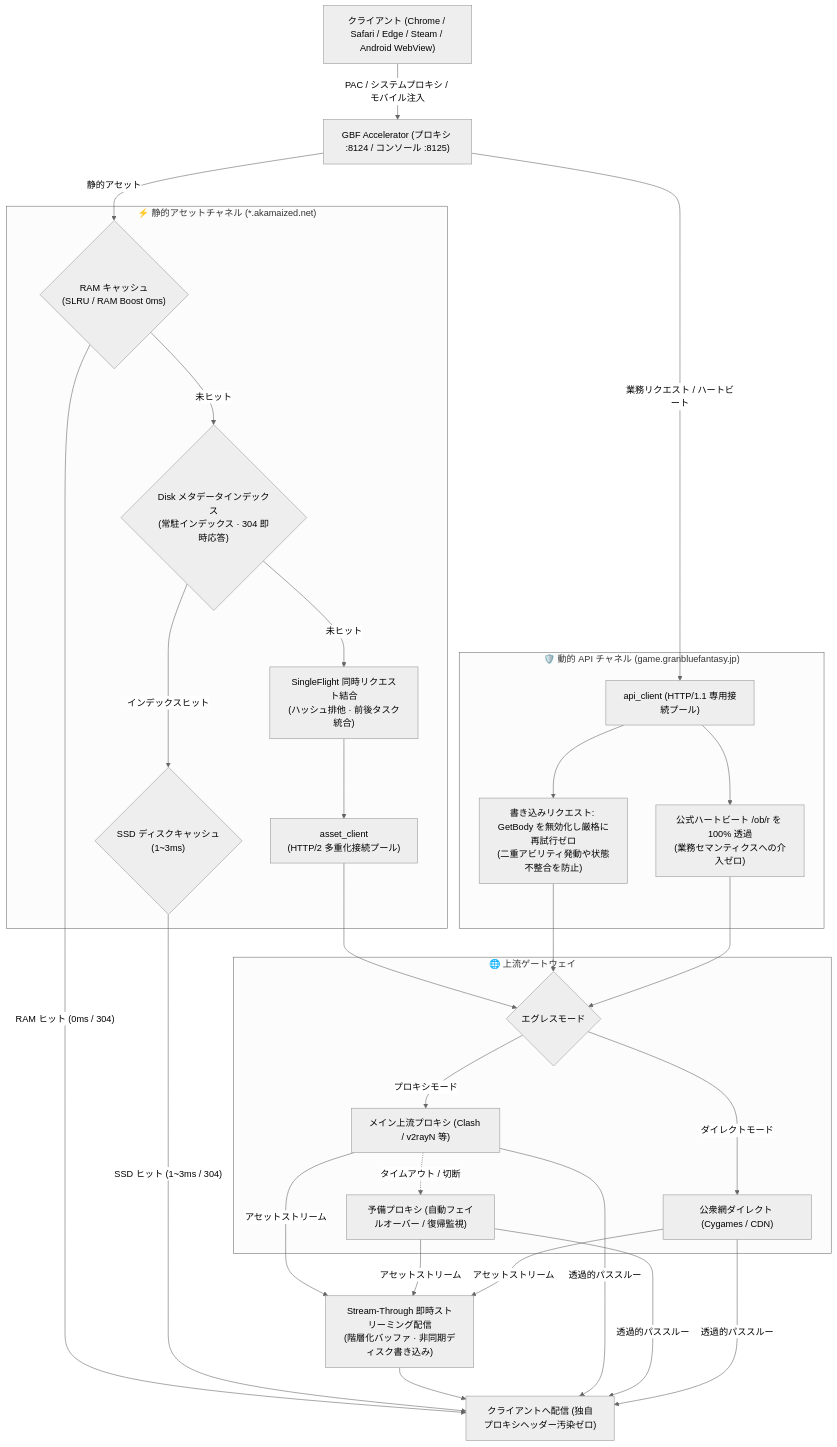
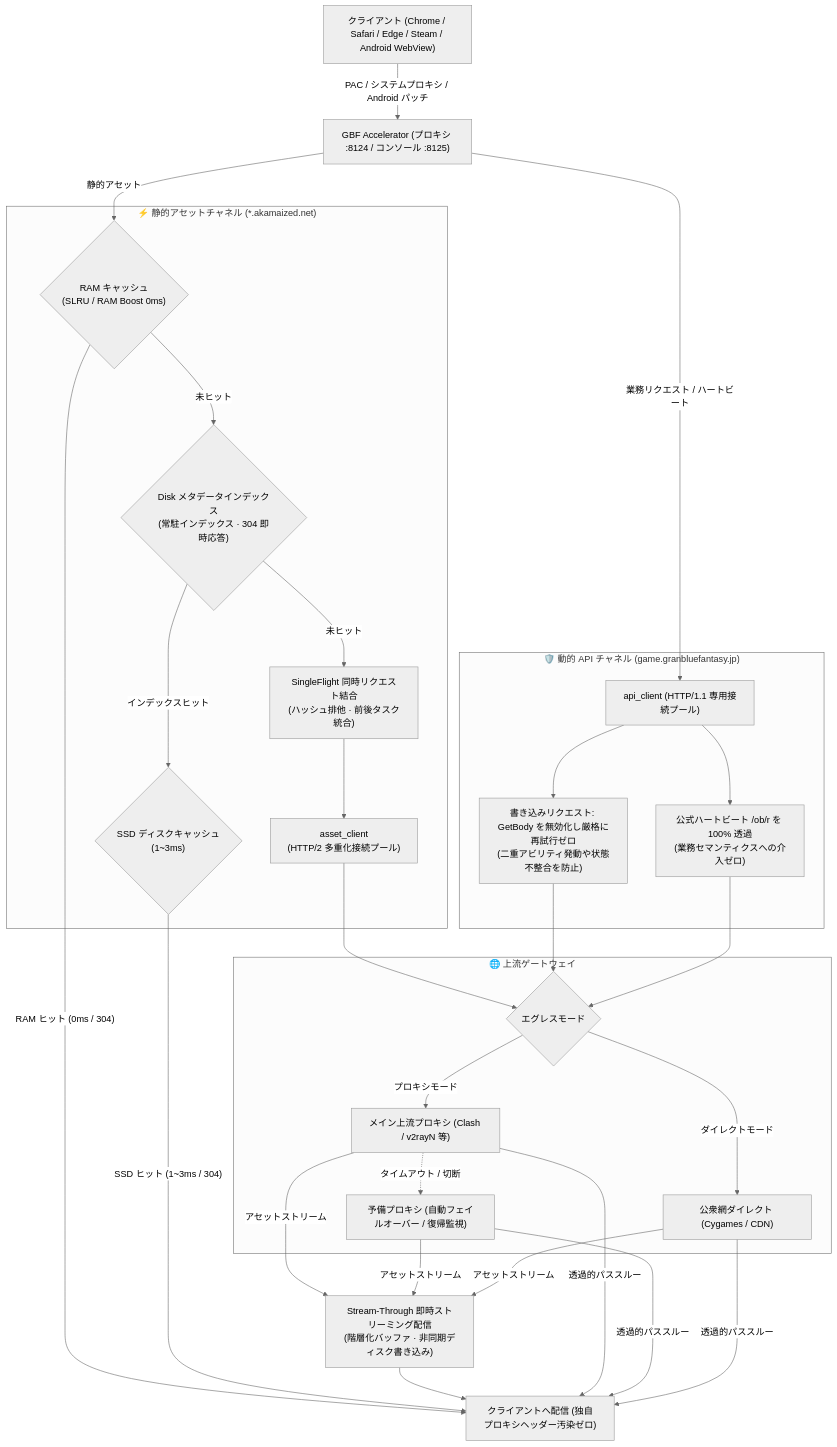
The diagram in README.ja.md (Sagisawa/GBF-Accelerator), drawn with Mermaid (neutral theme) before and after one commit. The commit also changed other lines of this file and 20 other files, not shown here.

````diff
--- a/README.ja.md
+++ b/README.ja.md
@@ -56,59 +56,59 @@
 ```mermaid
 flowchart TD
     Client["クライアント (Chrome / Safari / Edge / Steam / Android WebView)"]
     Proxy["GBF Accelerator (プロキシ :8124 / コンソール :8125)"]
 
-    Client -->|"PAC / システムプロキシ / モバイル注入"| Proxy
+    Client -->|"PAC / システムプロキシ / Android パッチ"| Proxy
 
     subgraph AssetChannel ["⚡ 静的アセットチャネル (*.akamaized.net)"]
         RAMCheck{"RAM キャッシュ<br/>(SLRU / RAM Boost 0ms)"}
         DiskMeta{"Disk メタデータインデックス<br/>(常駐インデックス · 304 即時応答)"}
         DiskCheck{"SSD ディスクキャッシュ<br/>(1~3ms)"}
         SingleFlight["SingleFlight 同時リクエスト結合<br/>(ハッシュ排他 · 前後タスク統合)"]
         AssetClient["asset_client<br/>(HTTP/2 多重化接続プール)"]
 
         RAMCheck -->|"未ヒット"| DiskMeta
         DiskMeta -->|"インデックスヒット"| DiskCheck
         DiskMeta -->|"未ヒット"| SingleFlight
         SingleFlight --> AssetClient
     end
 
     subgraph APIChannel ["🛡️ 動的 API チャネル (game.granbluefantasy.jp)"]
         APIClient["api_client (HTTP/1.1 専用接続プール)"]
         ZeroRetry["書き込みリクエスト: GetBody を無効化し厳格に再試行ゼロ<br/>(二重アビリティ発動や状態不整合を防止)"]
         Heartbeat["公式ハートビート /ob/r を 100% 透過<br/>(業務セマンティクスへの介入ゼロ)"]
 
         APIClient --> ZeroRetry
         APIClient --> Heartbeat
     end
 
     subgraph UpstreamGateway ["🌐 上流ゲートウェイ"]
         UpstreamMode{"エグレスモード"}
         UpstreamProxy["メイン上流プロキシ (Clash / v2rayN 等)"]
         FailoverProxy["予備プロキシ (自動フェイルオーバー / 復帰監視)"]
         DirectNet["公衆網ダイレクト (Cygames / CDN)"]
 
         UpstreamMode -->|"プロキシモード"| UpstreamProxy
         UpstreamProxy -.->|"タイムアウト / 切断"| FailoverProxy
         UpstreamMode -->|"ダイレクトモード"| DirectNet
     end
 
     Proxy -->|"静的アセット"| RAMCheck
     Proxy -->|"業務リクエスト / ハートビート"| APIClient
 
     AssetClient --> UpstreamMode
     ZeroRetry --> UpstreamMode
     Heartbeat --> UpstreamMode
 
     UpstreamProxy -->|"アセットストリーム"| StreamThrough["Stream-Through 即時ストリーミング配信<br/>(階層化バッファ · 非同期ディスク書き込み)"]
     FailoverProxy -->|"アセットストリーム"| StreamThrough
     DirectNet -->|"アセットストリーム"| StreamThrough
 
     RAMCheck -->|"RAM ヒット (0ms / 304)"| Deliver["クライアントへ配信 (独自プロキシヘッダー汚染ゼロ)"]
     DiskCheck -->|"SSD ヒット (1~3ms / 304)"| Deliver
     StreamThrough --> Deliver
 
     UpstreamProxy -->|"透過的パススルー"| Deliver
     FailoverProxy -->|"透過的パススルー"| Deliver
     DirectNet -->|"透過的パススルー"| Deliver
 ```
````
